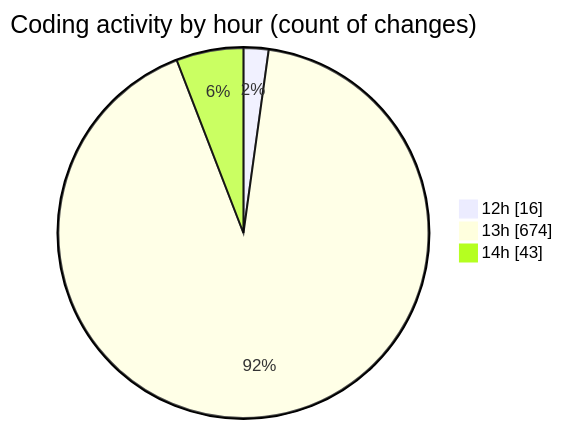
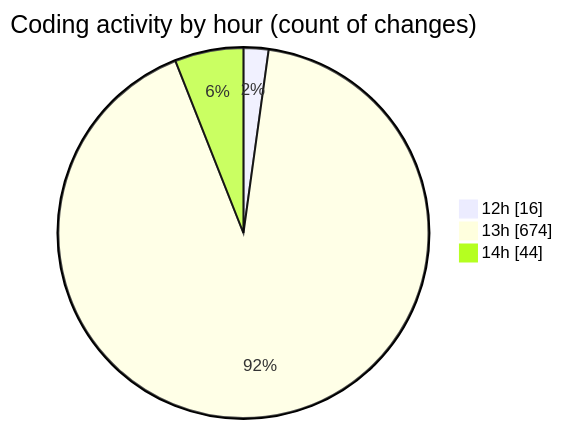
Before and after one commit to vahidmafi/code-tracking: the second of 2 diagrams in 2025-09-16/www/README.md, drawn with Mermaid. The commit also changed other lines of this file and 1 other file, not shown here.

````diff
--- a/2025-09-16/www/README.md
+++ b/2025-09-16/www/README.md
@@ -330,7 +330,7 @@
 ```mermaid
 pie showData
 title Coding activity by hour (count of changes)
 "12h" : 16
 "13h" : 674
-"14h" : 43
+"14h" : 44
 ```
````
